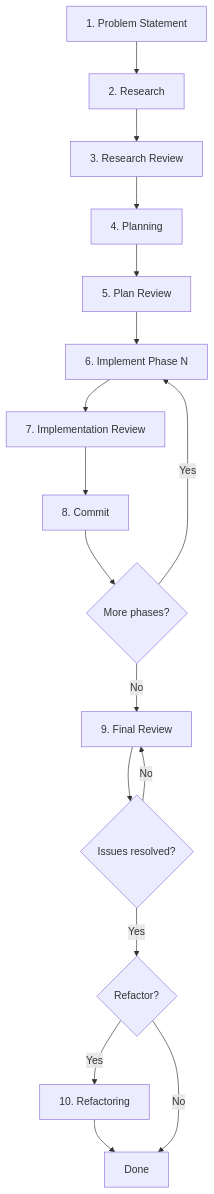
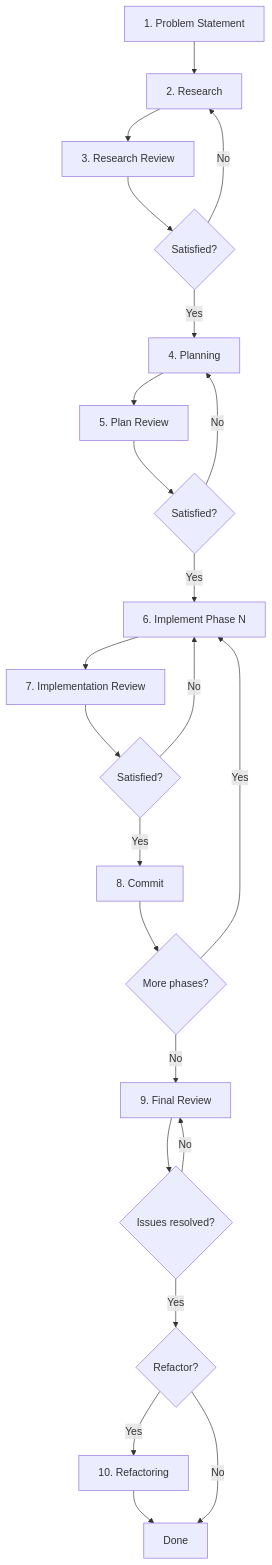
The diagram in blog/2026/02/22/index.md (tylerburleigh/tylerburleigh.github.io), drawn with Mermaid before and after one commit. The commit also changed other lines of this file and 47 other files, not shown here.

````diff
--- a/blog/2026/02/22/index.md
+++ b/blog/2026/02/22/index.md
@@ -49,19 +49,25 @@
 ```{mermaid}
 flowchart TD
     A[1. Problem Statement] --> B[2. Research]
     B --> C[3. Research Review]
-    C --> D[4. Planning]
+    C --> C1{Satisfied?}
+    C1 -- No --> B
+    C1 -- Yes --> D[4. Planning]
     D --> E[5. Plan Review]
-    E --> F[6. Implement Phase N]
+    E --> E1{Satisfied?}
+    E1 -- No --> D
+    E1 -- Yes --> F[6. Implement Phase N]
     F --> G[7. Implementation Review]
-    G --> H[8. Commit]
+    G --> G1{Satisfied?}
+    G1 -- No --> F
+    G1 -- Yes --> H[8. Commit]
     H --> I{More phases?}
     I -- Yes --> F
     I -- No --> J[9. Final Review]
     J --> K{Issues resolved?}
     K -- No --> J
     K -- Yes --> L{Refactor?}
     L -- Yes --> M[10. Refactoring]
     M --> N[Done]
     L -- No --> N
 ```
````
